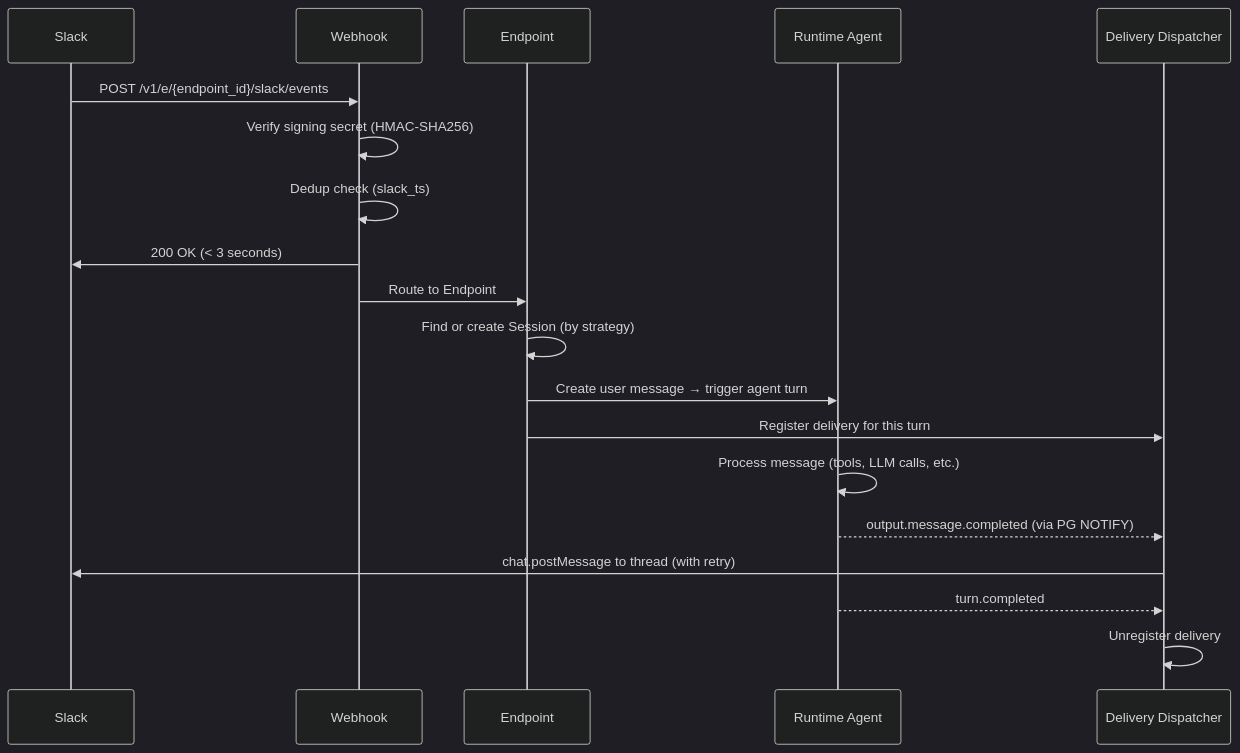
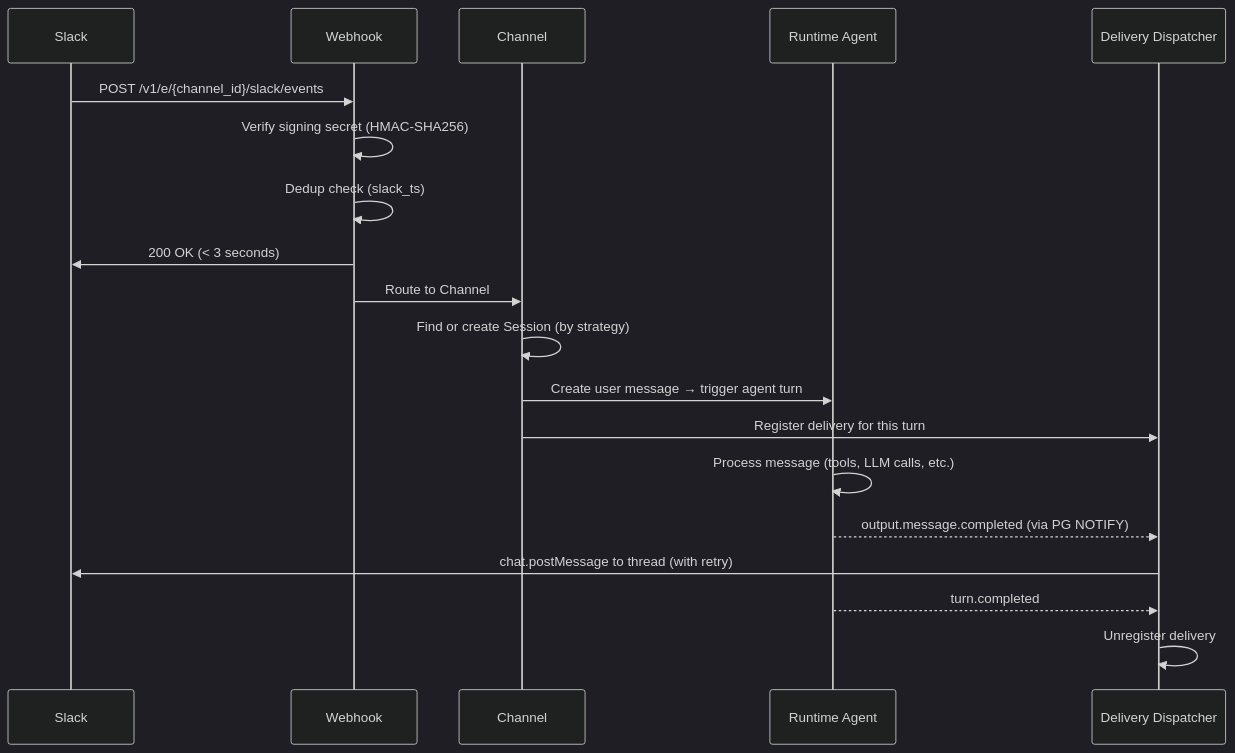
The diagram in docs/images/integrations/slack-message-flow.mmd (everruns/everruns), drawn with Mermaid (dark theme) before and after one commit. The commit also changed 42 other files, not shown here.

First line of the commit message:
chore(knowledge): rename agent Endpoint concept to Channel

```diff
--- a/docs/images/integrations/slack-message-flow.mmd
+++ b/docs/images/integrations/slack-message-flow.mmd
@@ -1,19 +1,19 @@
 sequenceDiagram
     participant S as Slack
     participant W as Webhook
-    participant E as Endpoint
+    participant E as Channel
     participant R as Runtime Agent
     participant D as Delivery Dispatcher
-    S->>W: POST /v1/e/{endpoint_id}/slack/events
+    S->>W: POST /v1/e/{channel_id}/slack/events
     W->>W: Verify signing secret (HMAC-SHA256)
     W->>W: Dedup check (slack_ts)
     W->>S: 200 OK (< 3 seconds)
-    W->>E: Route to Endpoint
+    W->>E: Route to Channel
     E->>E: Find or create Session (by strategy)
     E->>R: Create user message → trigger agent turn
     E->>D: Register delivery for this turn
     R->>R: Process message (tools, LLM calls, etc.)
     R-->>D: output.message.completed (via PG NOTIFY)
     D->>S: chat.postMessage to thread (with retry)
     R-->>D: turn.completed
     D->>D: Unregister delivery
```
